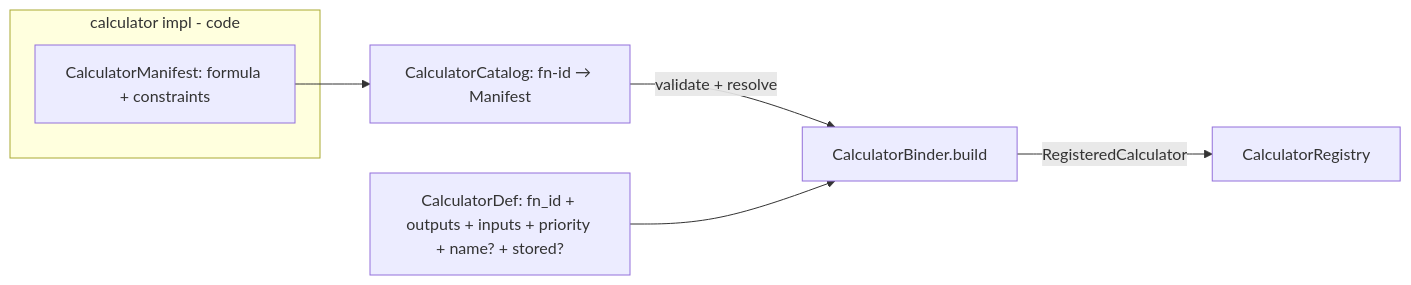
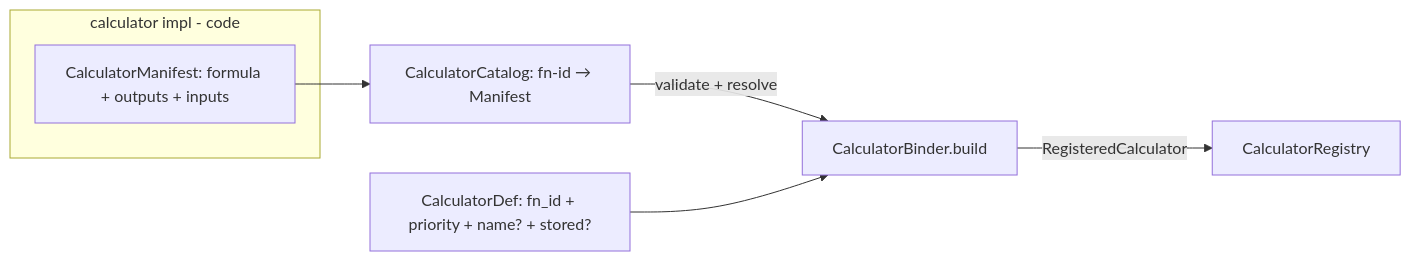
Before and after one commit to dveyarangi/meteoscape: the third of 4 diagrams in docs/adr/0005-build-time-composition.md, drawn with Mermaid. The commit also changed other lines of this file and 14 other files, not shown here.

````diff
--- a/docs/adr/0005-build-time-composition.md
+++ b/docs/adr/0005-build-time-composition.md
@@ -70,12 +76,12 @@
 ```mermaid
 flowchart LR
   subgraph cimpl [calculator impl - code]
-    CM["CalculatorManifest: formula + constraints"]
+    CM["CalculatorManifest: formula + outputs + inputs"]
   end
   CCAT["CalculatorCatalog: fn-id → Manifest"]
-  CSpec["CalculatorDef: fn_id + outputs + inputs + priority + name? + stored?"]
+  CSpec["CalculatorDef: fn_id + priority + name? + stored?"]
   CM --> CCAT
   CCAT -->|validate + resolve| CB[CalculatorBinder.build]
   CSpec --> CB
   CB -->|"RegisteredCalculator"| CR[CalculatorRegistry]
 ```
````
